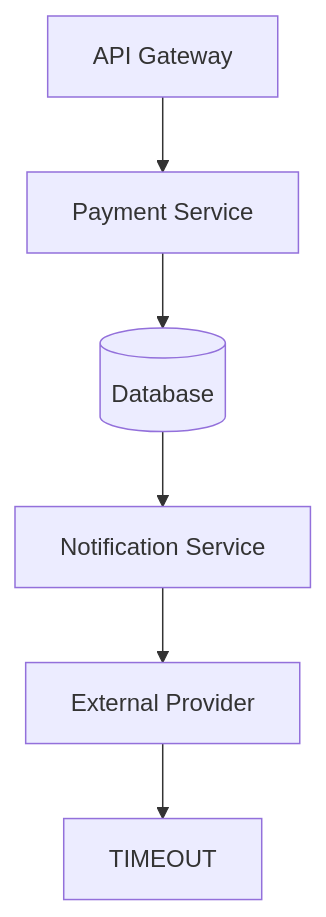
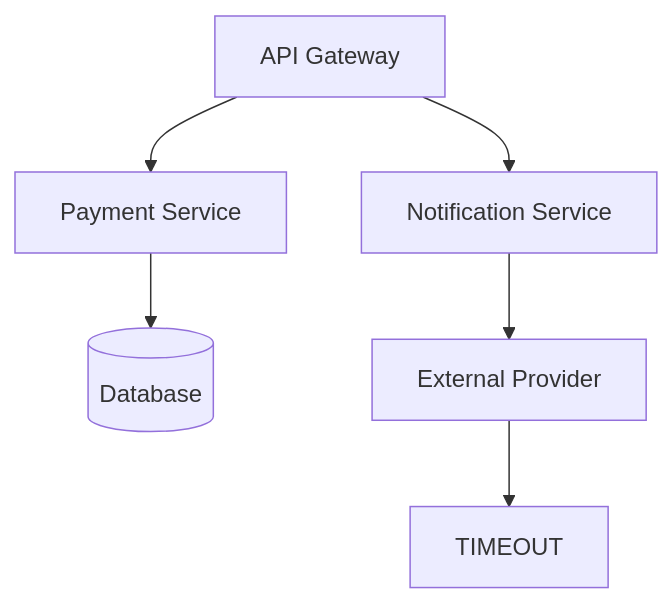
One commit to mytheondev/mytheondev changed the sixth of 6 diagrams in src/content/blog/trace-id-is-not-transaction-id.md. Above: the diagram before and after it, drawn with Mermaid. The commit also changed other lines of this file and 27 other files, not shown here.

````diff
--- a/src/content/blog/trace-id-is-not-transaction-id.md
+++ b/src/content/blog/trace-id-is-not-transaction-id.md
@@ -362,8 +367,8 @@
 ```mermaid
 flowchart TD
   Gateway[API Gateway] --> Payments[Payment Service]
   Payments --> Database[(Database)]
-  Database --> Notify[Notification Service]
+  Gateway --> Notify[Notification Service]
   Notify --> Provider[External Provider]
   Provider --> Timeout[TIMEOUT]
 ```
````
